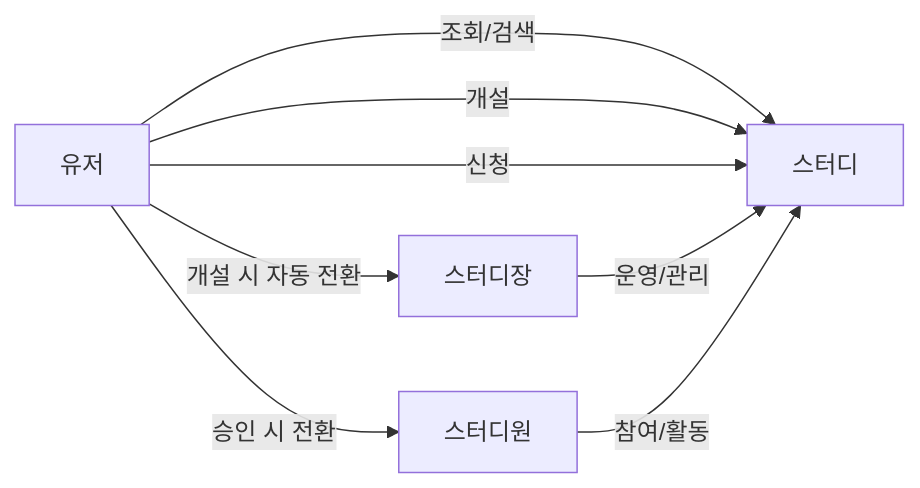
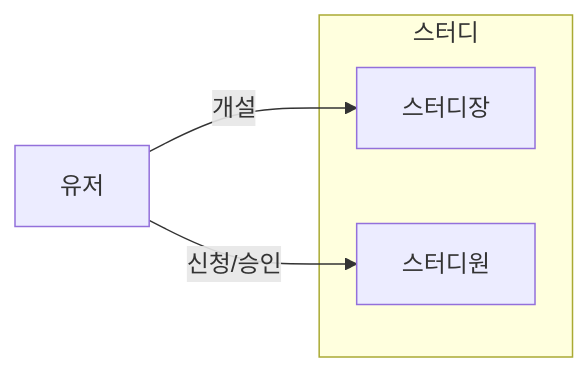
One commit to Nubblee/Nubble-docs changed the diagram in domain/roles/README.md. Above: the diagram before and after it, drawn with Mermaid. The commit also changed other lines of this file and 1 other file, not shown here.

````diff
--- a/domain/roles/README.md
+++ b/domain/roles/README.md
@@ -40,17 +28,15 @@
 ```mermaid
 flowchart LR
     U[유저]
     L[스터디장]
     M[스터디원]
-    S[스터디]
-
-    U --> |조회/검색| S
-    U --> |개설| S
-    U --> |신청| S
     
-    L --> |운영/관리| S
-    M --> |참여/활동| S
-
-    U --> |개설 시 자동 전환| L
-    U --> |승인 시 전환| M
+    
+    subgraph 스터디
+        L
+        M
+    end
+    
+    U --> |개설| L
+    U --> |신청/승인| M
 ```
````
